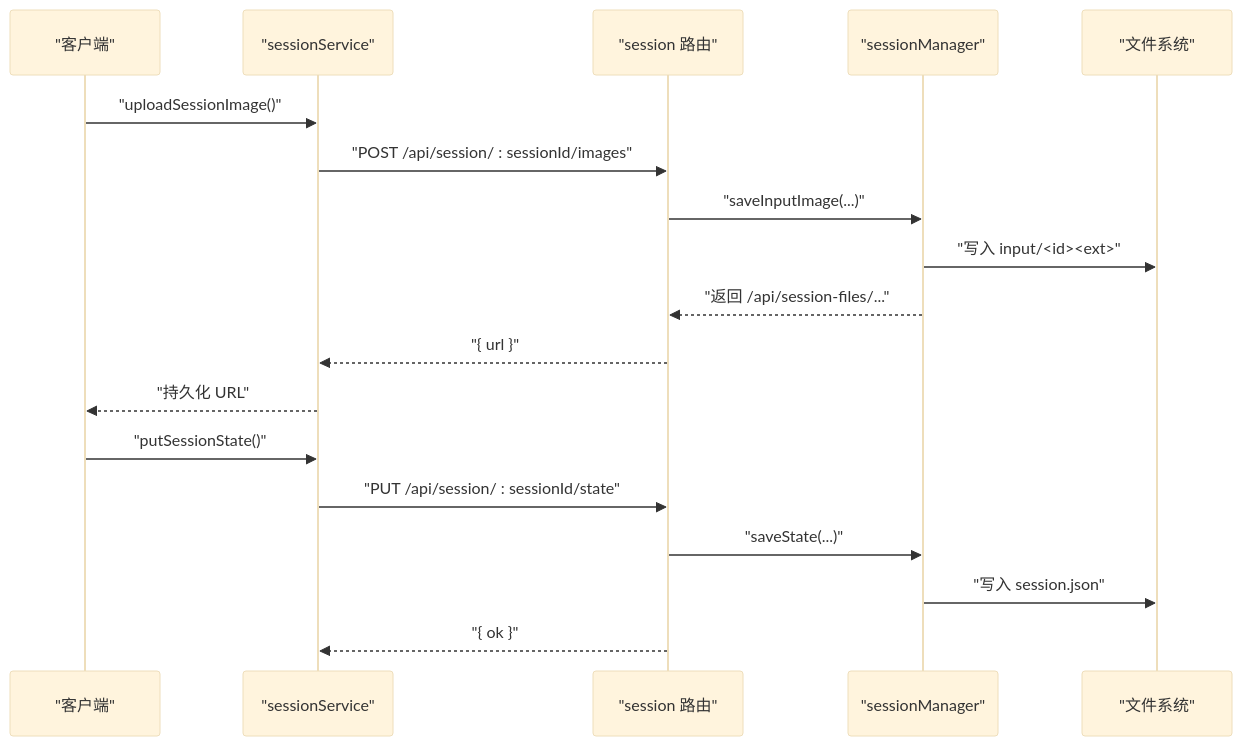
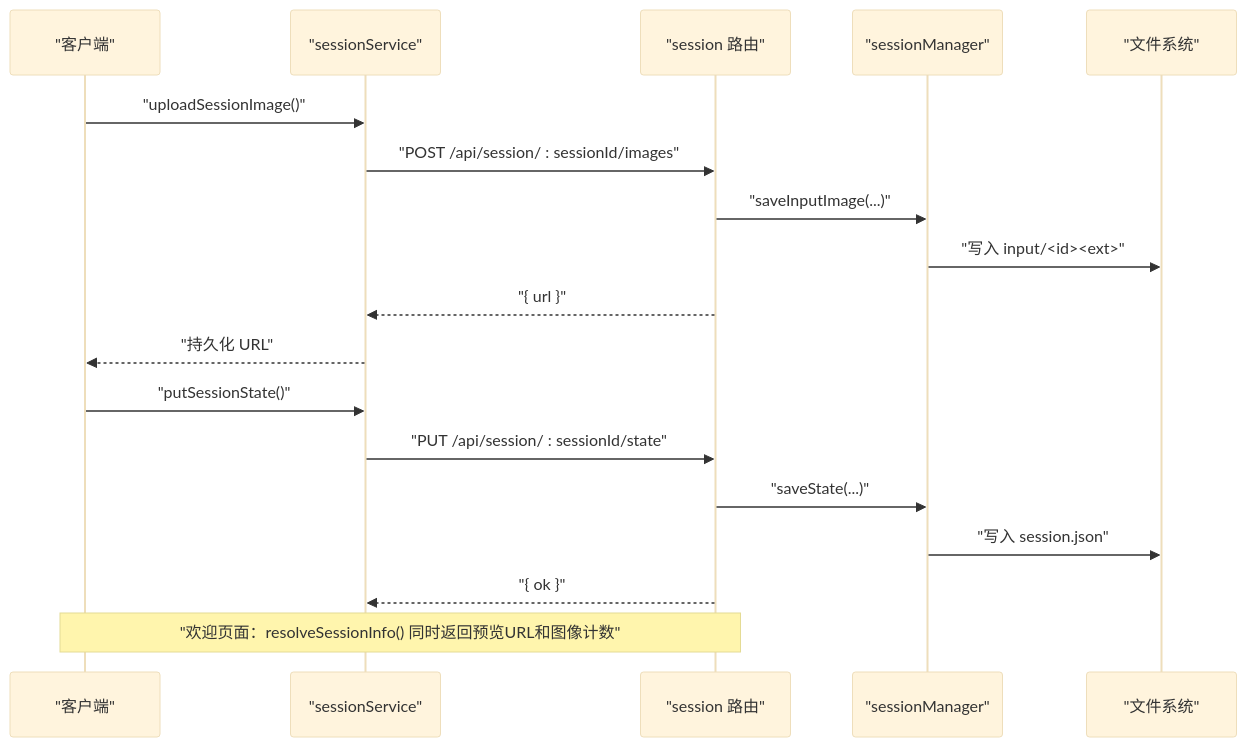
One commit to billye220670/CorineKit_Pix2Real changed the fourth of 9 diagrams in .qoder/repowiki/zh/content/会话管理/会话管理.md. Above: the diagram before and after it, drawn with Mermaid (base theme). The commit also changed other lines of this file and 33 other files, not shown here.

````diff
--- a/.qoder/repowiki/zh/content/会话管理/会话管理.md
+++ b/.qoder/repowiki/zh/content/会话管理/会话管理.md
@@ -186,20 +209,20 @@
 ```mermaid
 sequenceDiagram
 participant C as "客户端"
 participant S as "sessionService"
 participant R as "session 路由"
 participant M as "sessionManager"
 participant F as "文件系统"
 C->>S : "uploadSessionImage()"
 S->>R : "POST /api/session/ : sessionId/images"
 R->>M : "saveInputImage(...)"
 M->>F : "写入 input/<id><ext>"
-M-->>R : "返回 /api/session-files/..."
 R-->>S : "{ url }"
 S-->>C : "持久化 URL"
 C->>S : "putSessionState()"
 S->>R : "PUT /api/session/ : sessionId/state"
 R->>M : "saveState(...)"
 M->>F : "写入 session.json"
 R-->>S : "{ ok }"
+Note over C,R : "欢迎页面：resolveSessionInfo() 同时返回预览URL和图像计数"
 ```
````
